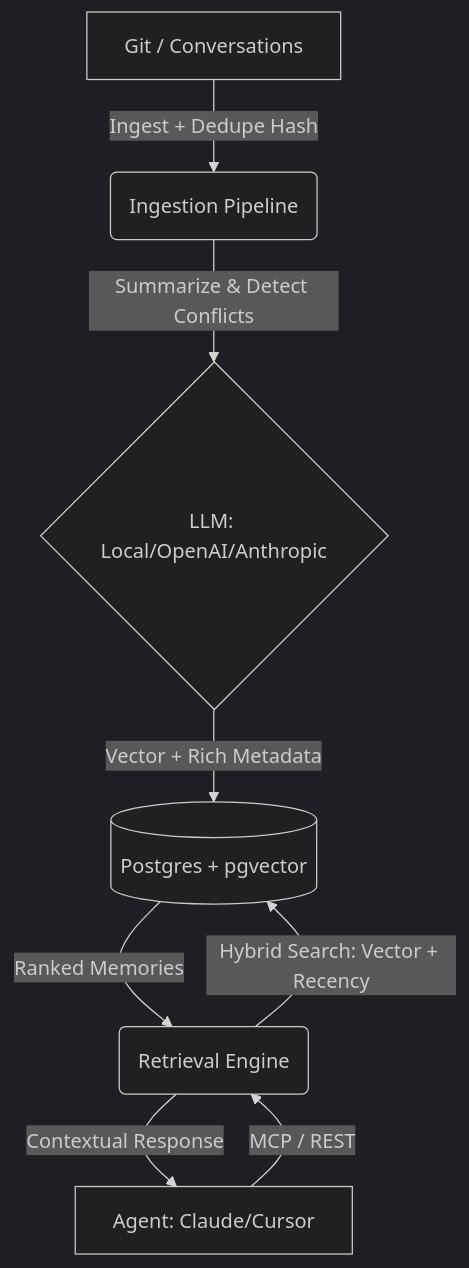
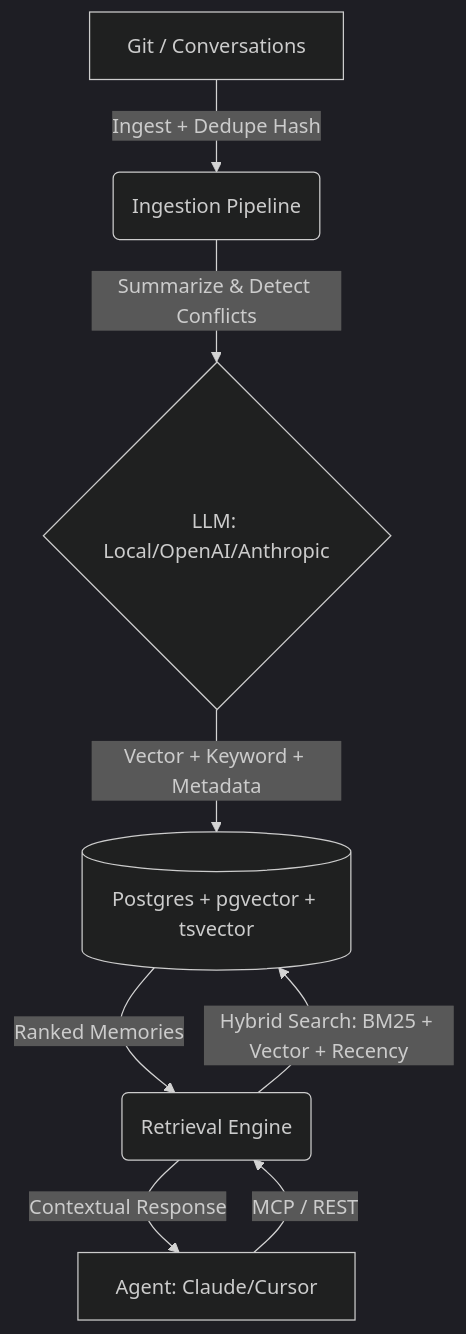
One commit to NishantJLU/ai-memory-layer changed the diagram in README.md. Above: the diagram before and after it, drawn with Mermaid (dark theme). The commit also changed other lines of this file, not shown here.

Commit message:
docs: Update README to reflect hybrid search and refined features

````diff
--- a/README.md
+++ b/README.md
@@ -13,10 +13,10 @@
 ```mermaid
 graph TD
     A[Git / Conversations] -->|Ingest + Dedupe Hash| B(Ingestion Pipeline)
     B -->|Summarize & Detect Conflicts| C{LLM: Local/OpenAI/Anthropic}
-    C -->|Vector + Rich Metadata| D[(Postgres + pgvector)]
+    C -->|Vector + Keyword + Metadata| D[(Postgres + pgvector + tsvector)]
     E[Agent: Claude/Cursor] -->|MCP / REST| F(Retrieval Engine)
-    F -->|Hybrid Search: Vector + Recency| D
+    F -->|Hybrid Search: BM25 + Vector + Recency| D
     D -->|Ranked Memories| F
     F -->|Contextual Response| E
 ```
````
